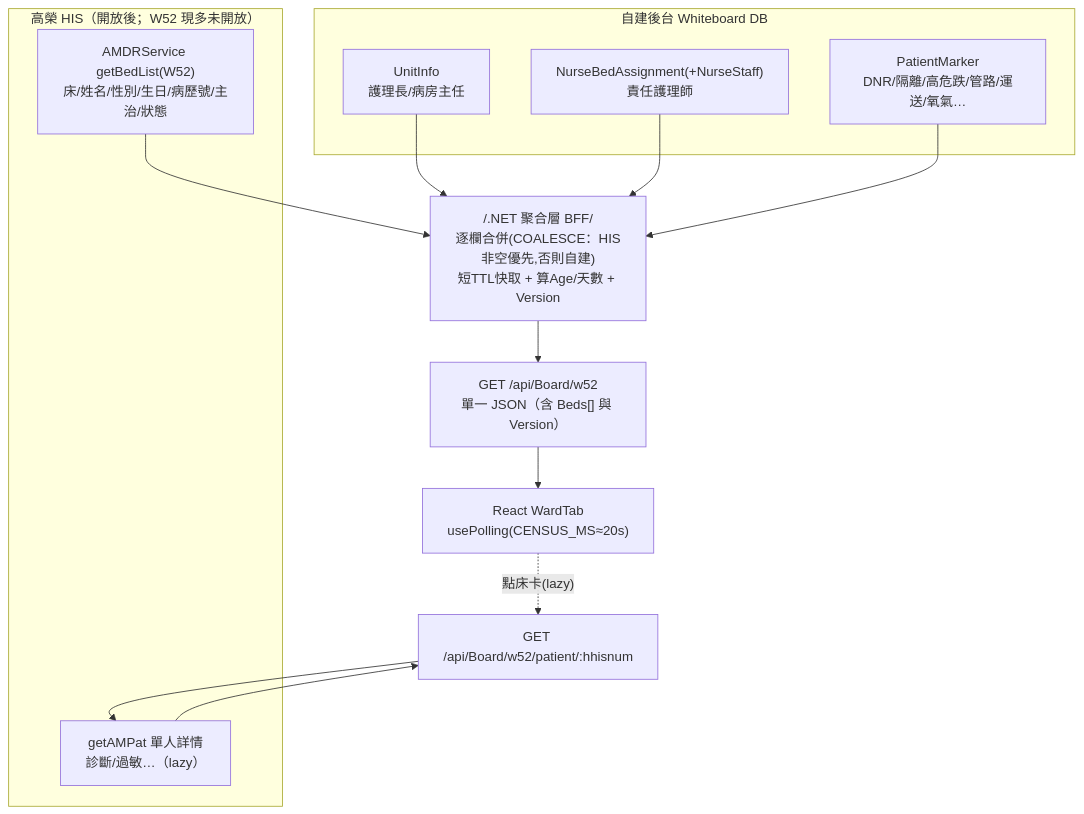
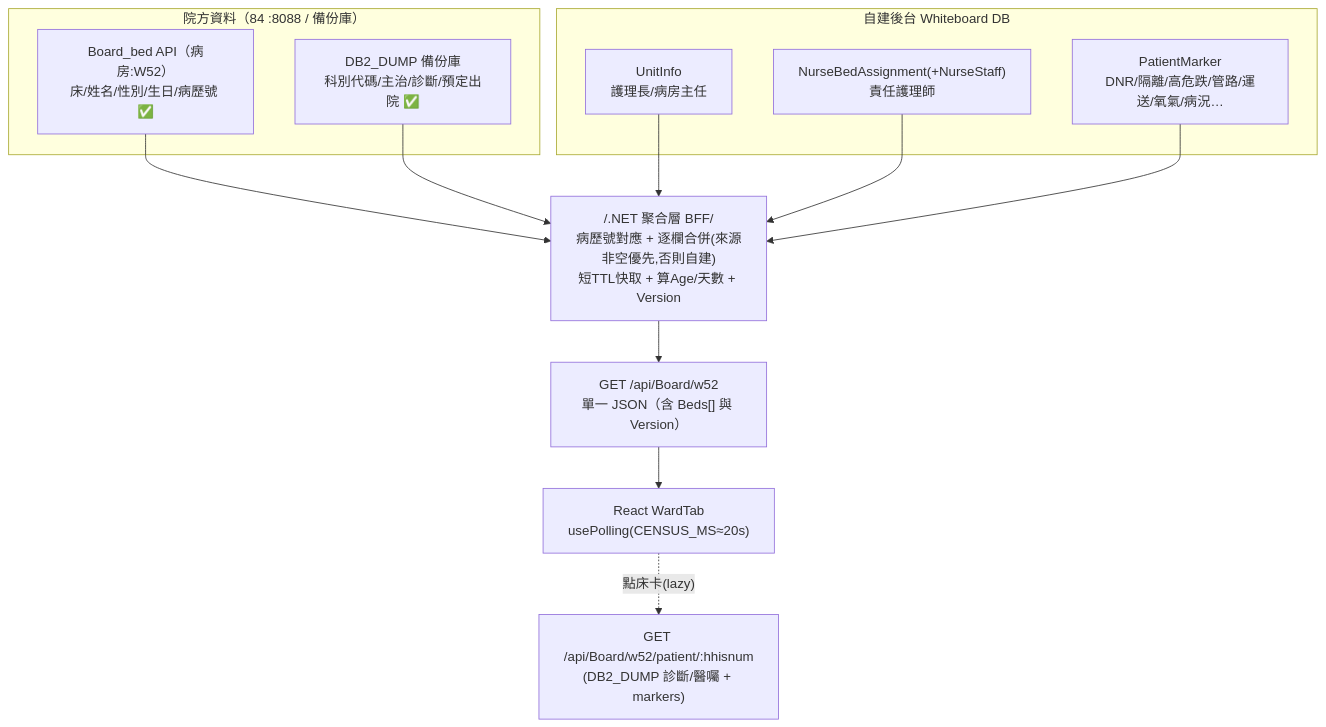
The diagram in Obsidian/kmsh/w52/W52病室動態-JSON與組裝.md (s260401file/kmsh), drawn with Mermaid before and after one commit. The commit also changed other lines of this file and 9 other files, not shown here.

First line of the commit message:
Obsidian：新增第二支開放 API Board_bed + OR 名單來源

````diff
--- a/Obsidian/kmsh/w52/W52病室動態-JSON與組裝.md
+++ b/Obsidian/kmsh/w52/W52病室動態-JSON與組裝.md
@@ -96,22 +103,21 @@
 ```mermaid
 flowchart TD
-  subgraph HIS["高榮 HIS（開放後；W52 現多未開放）"]
-    BL["AMDRService getBedList(W52)<br/>床/姓名/性別/生日/病歷號/主治/狀態"]
-    AM["getAMPat 單人詳情<br/>診斷/過敏…（lazy）"]
+  subgraph HIS["院方資料（84 :8088 / 備份庫）"]
+    BB["Board_bed API（病房:W52）<br/>床/姓名/性別/生日/病歷號 ✅"]
+    DD["DB2_DUMP 備份庫<br/>科別代碼/主治/診斷/預定出院 ✅"]
   end
   subgraph SELF["自建後台 Whiteboard DB"]
     UI["UnitInfo<br/>護理長/病房主任"]
     NBA["NurseBedAssignment(+NurseStaff)<br/>責任護理師"]
-    PM["PatientMarker<br/>DNR/隔離/高危跌/管路/運送/氧氣…"]
+    PM["PatientMarker<br/>DNR/隔離/高危跌/管路/運送/氧氣/病況…"]
   end
-  BL --> AGG
+  BB --> AGG
+  DD --> AGG
   UI --> AGG
   NBA --> AGG
   PM --> AGG
-  AGG["/.NET 聚合層 BFF/<br/>逐欄合併(COALESCE：HIS非空優先,否則自建)<br/>短TTL快取 + 算Age/天數 + Version"]
+  AGG["/.NET 聚合層 BFF/<br/>病歷號對應 + 逐欄合併(來源非空優先,否則自建)<br/>短TTL快取 + 算Age/天數 + Version"]
   AGG --> EP["GET /api/Board/w52<br/>單一 JSON（含 Beds[] 與 Version）"]
   EP --> FE["React WardTab<br/>usePolling(CENSUS_MS≈20s)"]
-  FE -. "點床卡(lazy)" .-> DET["GET /api/Board/w52/patient/:hhisnum"]
-  DET --> AM
-  AM --> DET
+  FE -. "點床卡(lazy)" .-> DET["GET /api/Board/w52/patient/:hhisnum<br/>(DB2_DUMP 診斷/醫囑 + markers)"]
 ```
````
